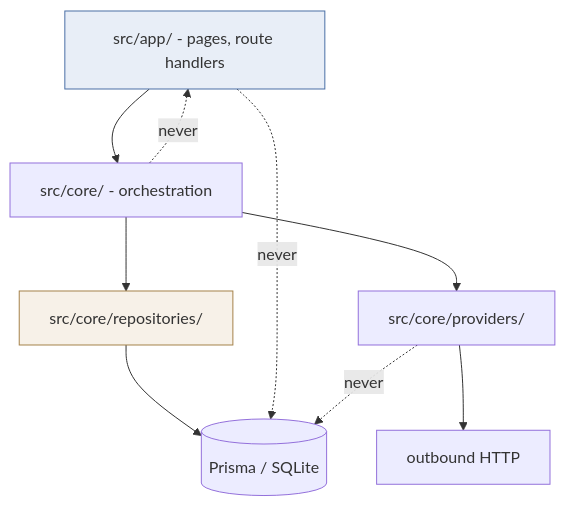
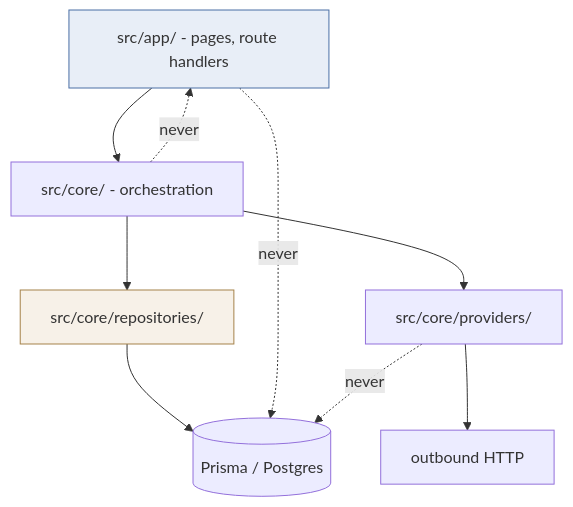
Before and after one commit to ajibade-ibrahim/Integration-Demo: the seventh of 8 diagrams in docs/architecture.md, drawn with Mermaid. The commit also changed other lines of this file and 18 other files, not shown here.

Commit message:
switched to postgres from sqlite

````diff
--- a/docs/architecture.md
+++ b/docs/architecture.md
@@ -381,15 +381,15 @@
 ```mermaid
 flowchart TB
     A["src/app/ - pages, route handlers"] --> B["src/core/ - orchestration"]
     B --> C["src/core/repositories/"]
-    C --> D[("Prisma / SQLite")]
+    C --> D[("Prisma / Postgres")]
     B --> E["src/core/providers/"]
     E --> F["outbound HTTP"]
 
     A -.->|"never"| D
     E -.->|"never"| D
     B -.->|"never"| A
 
     style A fill:#e8eef7,stroke:#4a6fa5
     style C fill:#f7f1e8,stroke:#a5824a
 ```
````
